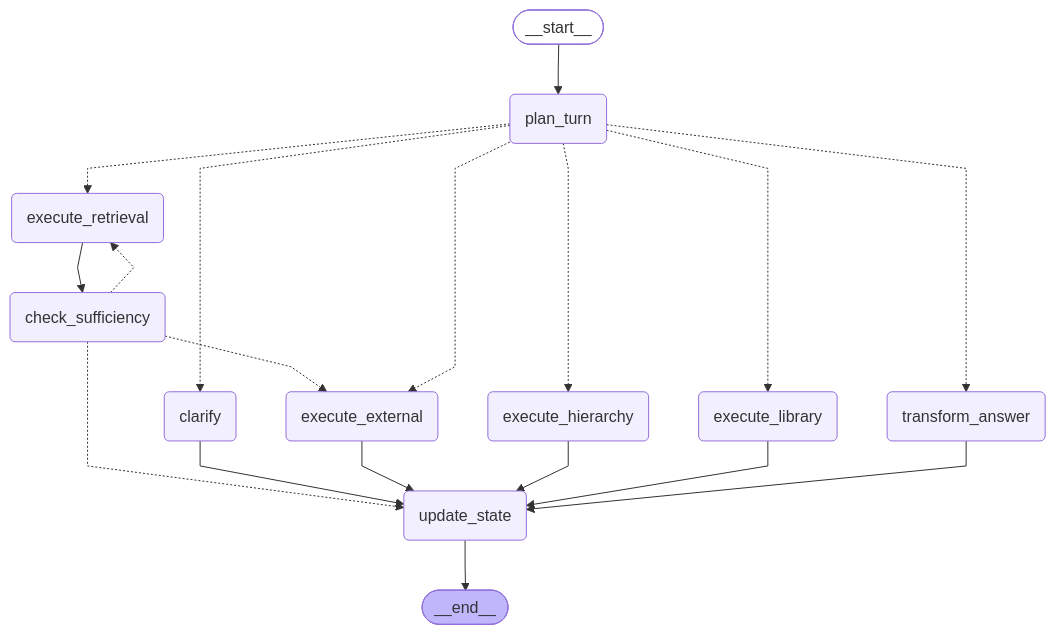
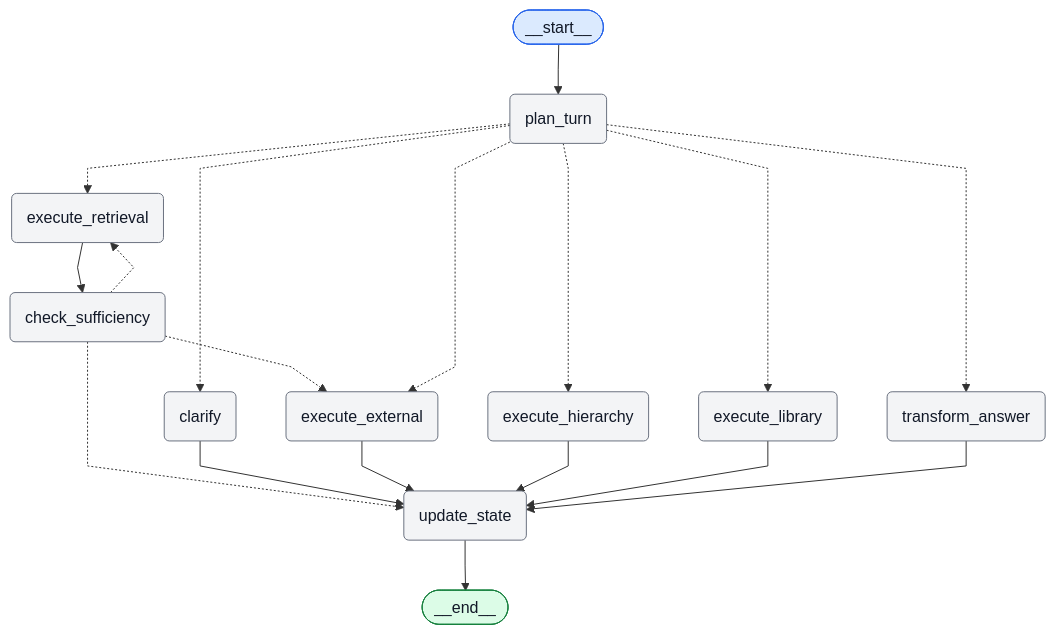
Before and after one commit to rabhishek100/agentic_study_partner: the first of 5 diagrams in docs/langgraph.md, drawn with Mermaid. The commit also changed other lines of this file and 6 other files, not shown here.

Commit message:
Improve LangGraph diagram contrast in GitHub themes

````diff
--- a/docs/langgraph.md
+++ b/docs/langgraph.md
@@ -22,39 +25,39 @@
 ```mermaid
 ---
 config:
   flowchart:
     curve: linear
 ---
 graph TD;
 	__start__([<p>__start__</p>]):::first
 	plan_turn(plan_turn)
 	execute_library(execute_library)
 	execute_hierarchy(execute_hierarchy)
 	execute_retrieval(execute_retrieval)
 	transform_answer(transform_answer)
 	clarify(clarify)
 	execute_external(execute_external)
 	check_sufficiency(check_sufficiency)
 	update_state(update_state)
 	__end__([<p>__end__</p>]):::last
 	__start__ --> plan_turn;
 	check_sufficiency -.-> execute_external;
 	check_sufficiency -.-> execute_retrieval;
 	check_sufficiency -.-> update_state;
 	clarify --> update_state;
 	execute_external --> update_state;
 	execute_hierarchy --> update_state;
 	execute_library --> update_state;
 	execute_retrieval --> check_sufficiency;
 	plan_turn -.-> clarify;
 	plan_turn -.-> execute_external;
 	plan_turn -.-> execute_hierarchy;
 	plan_turn -.-> execute_library;
 	plan_turn -.-> execute_retrieval;
 	plan_turn -.-> transform_answer;
 	transform_answer --> update_state;
 	update_state --> __end__;
-	classDef default fill:#f2f0ff,line-height:1.2
-	classDef first fill-opacity:0
-	classDef last fill:#bfb6fc
+	classDef default fill:#f3f4f6,color:#111827,stroke:#6b7280,line-height:1.2
+	classDef first fill:#dbeafe,color:#111827,stroke:#2563eb,line-height:1.2
+	classDef last fill:#dcfce7,color:#111827,stroke:#15803d,line-height:1.2
 ```
````
